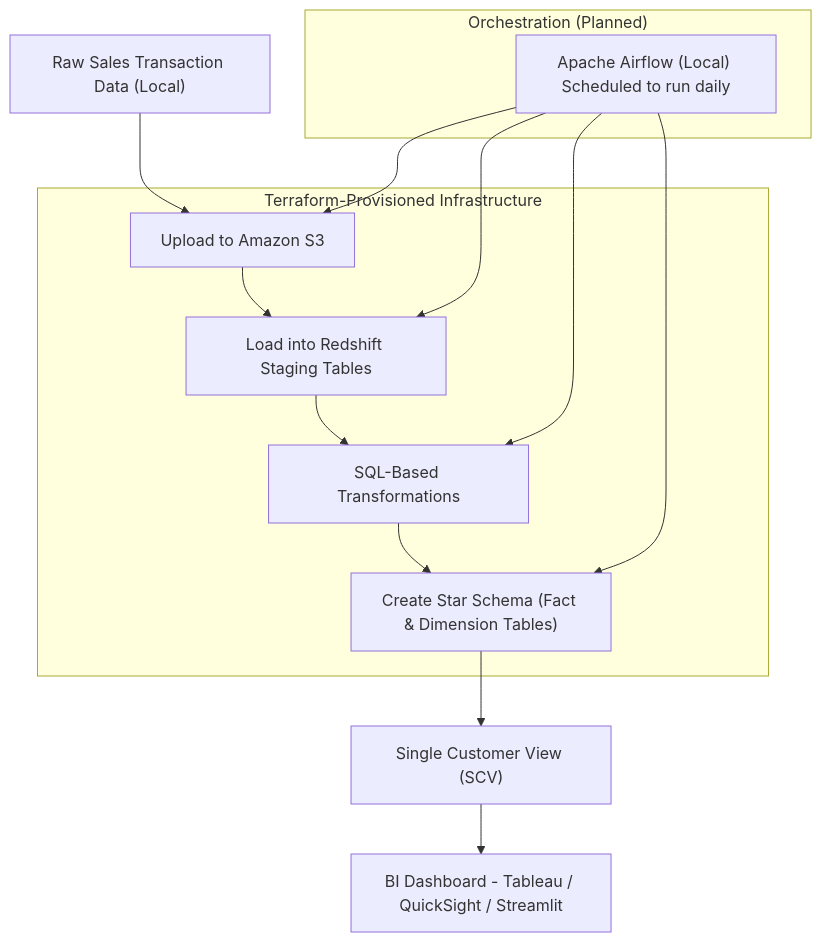
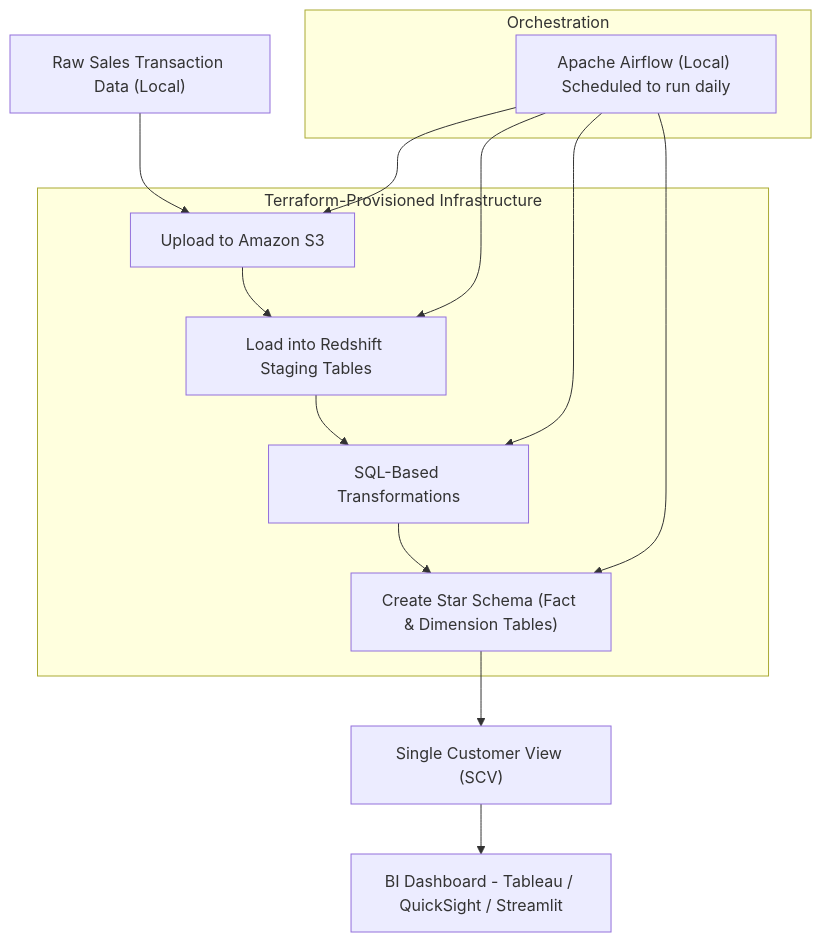
The diagram in README.md (tungstennn/EcomDataPipeline-DataOps), drawn with Mermaid before and after one commit.

````diff
--- a/README.md
+++ b/README.md
@@ -14,25 +14,25 @@
 ```mermaid
 graph TD
     A["Raw Sales Transaction Data (Local)"] --> B["Upload to Amazon S3"]
     B --> C["Load into Redshift Staging Tables"]
     C --> D["SQL-Based Transformations"]
     D --> E["Create Star Schema (Fact & Dimension Tables)"]
     E --> F["Single Customer View (SCV)"]
     F --> G["BI Dashboard - Tableau / QuickSight / Streamlit"]
 
     subgraph "Terraform-Provisioned Infrastructure"
         B
         C
         D
         E
     end
 
-    subgraph "Orchestration (Planned)"
+    subgraph "Orchestration"
         H["Apache Airflow (Local) Scheduled to run daily"]
     end
 
     H --> B
     H --> C
     H --> D
     H --> E
 ```
````
